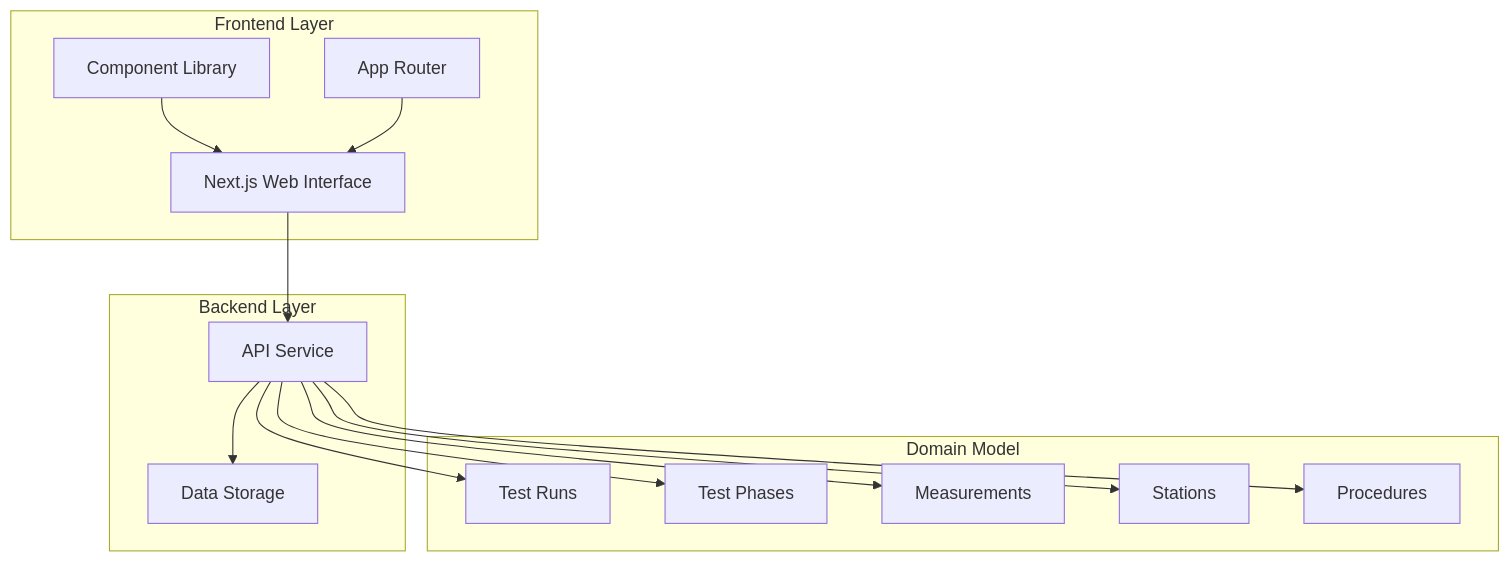
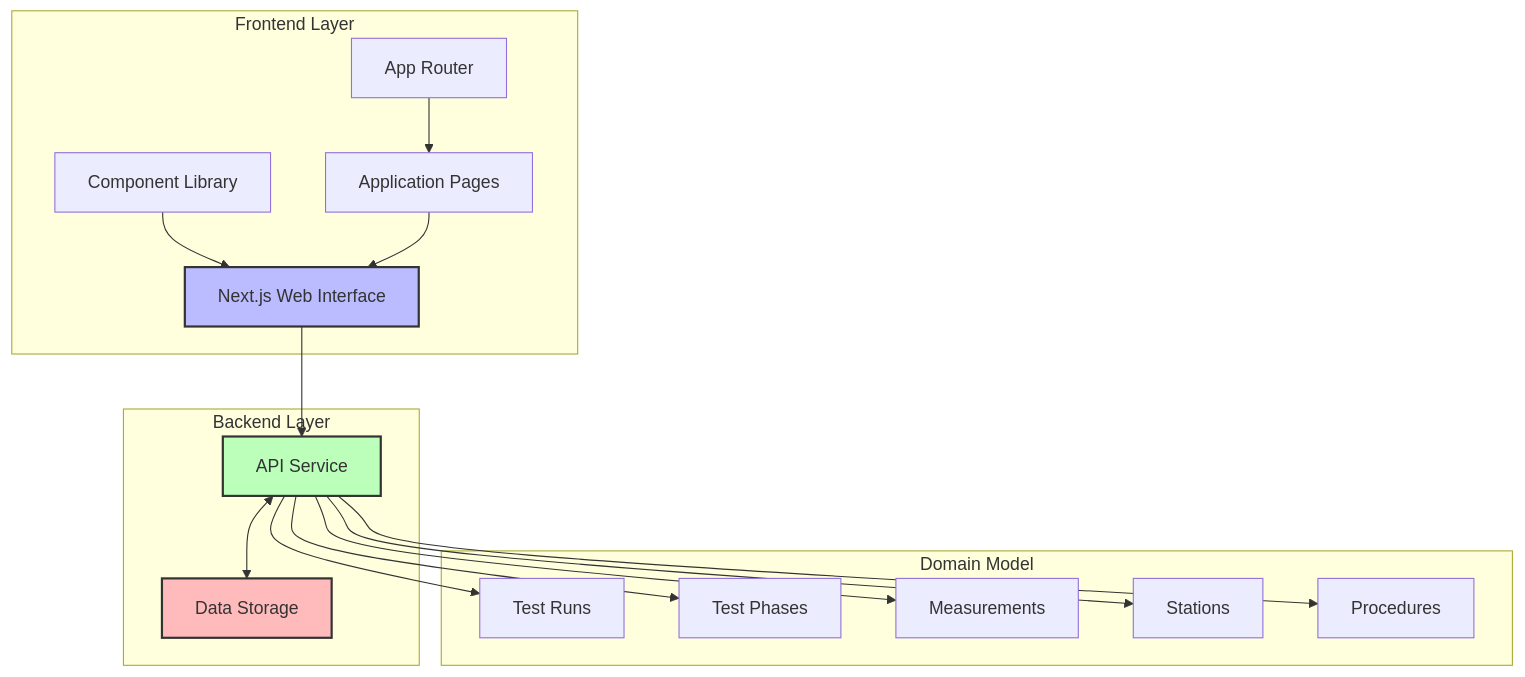
Before and after one commit to mvalancy-mt/NotTofu: the second of 4 diagrams in README.md, drawn with Mermaid. The commit also changed other lines of this file and 64 other files, not shown here.

````diff
--- a/README.md
+++ b/README.md
@@ -93,29 +111,34 @@
 ```mermaid
 graph TB
     subgraph "Frontend Layer"
         UI[Next.js Web Interface]
         Components[Component Library]
         Routes[App Router]
+        Pages[Application Pages]
     end
 
     subgraph "Backend Layer"
         API[API Service]
         Storage[Data Storage]
-        
-        API --> Storage
     end
-
-    UI --> API
-    Components --> UI
-    Routes --> UI
 
     subgraph "Domain Model"
         TR[Test Runs]
         TP[Test Phases]
         M[Measurements]
         S[Stations]
         P[Procedures]
     end
 
+    UI --> API
+    Components --> UI
+    Routes --> Pages
+    Pages --> UI
+    
+    API <--> Storage
     API --> TR & TP & M & S & P
+    
+    style UI fill:#bbf,stroke:#333,stroke-width:2px
+    style API fill:#bfb,stroke:#333,stroke-width:2px
+    style Storage fill:#fbb,stroke:#333,stroke-width:2px
 ```
````
